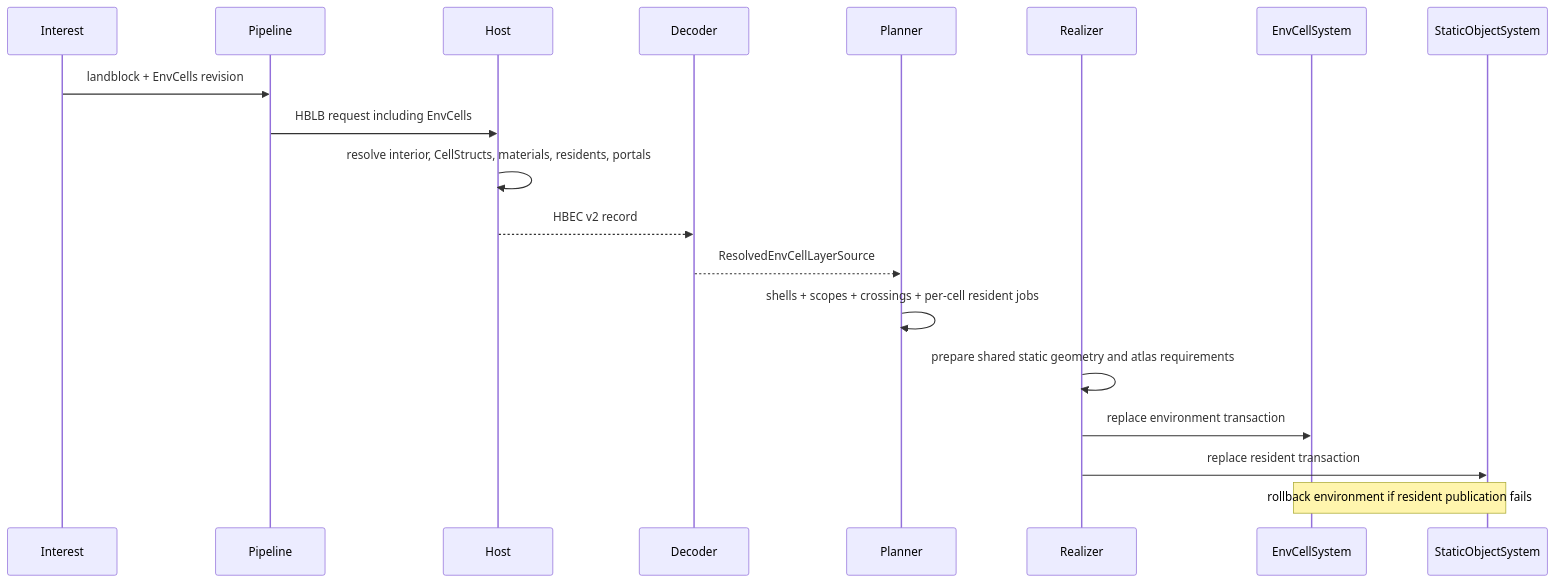
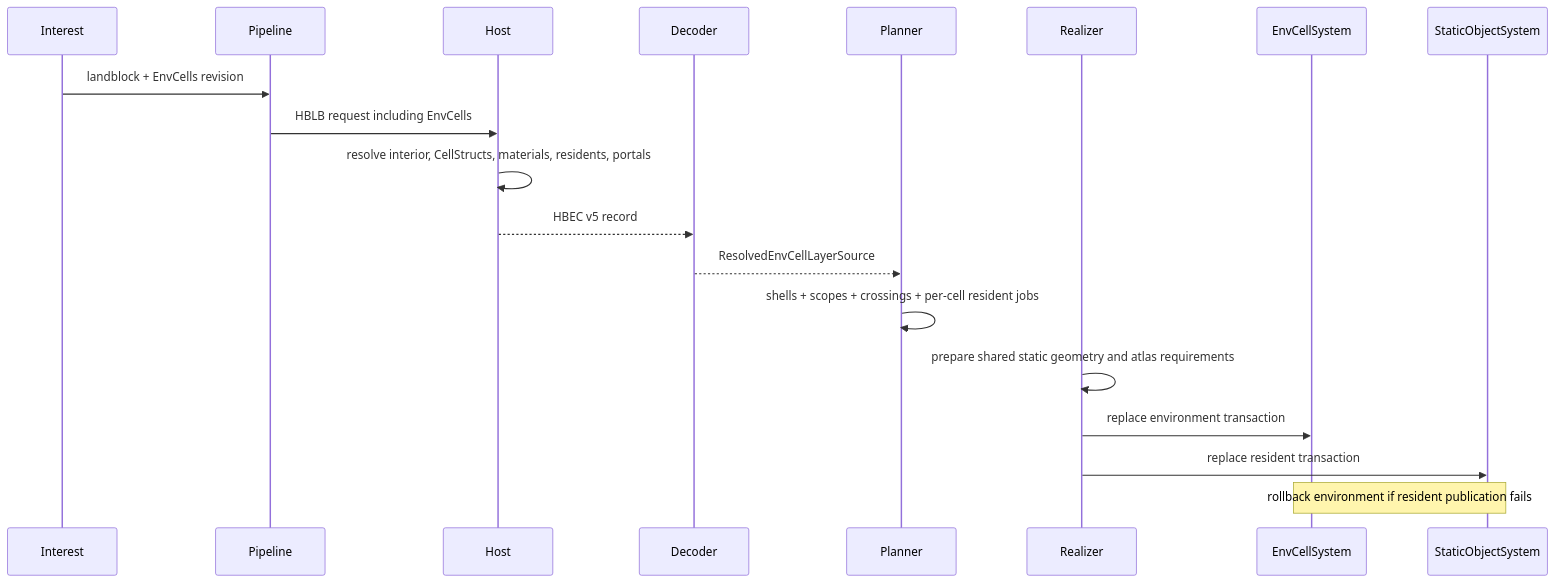
The second of 2 diagrams in apps/holtburger-3d/ARCHITECTURE_AUDIT.md (merklejerk/holtburger), drawn with Mermaid before and after one commit. The commit also changed other lines of this file and 9 other files, not shown here.

````diff
--- a/apps/holtburger-3d/ARCHITECTURE_AUDIT.md
+++ b/apps/holtburger-3d/ARCHITECTURE_AUDIT.md
@@ -104,22 +104,22 @@
 ```mermaid
 sequenceDiagram
     participant Interest
     participant Pipeline
     participant Host
     participant Decoder
     participant Planner
     participant Realizer
     participant Env as EnvCellSystem
     participant Static as StaticObjectSystem
 
     Interest->>Pipeline: landblock + EnvCells revision
     Pipeline->>Host: HBLB request including EnvCells
     Host->>Host: resolve interior, CellStructs, materials, residents, portals
-    Host-->>Decoder: HBEC v2 record
+    Host-->>Decoder: HBEC v5 record
     Decoder-->>Planner: ResolvedEnvCellLayerSource
     Planner->>Planner: shells + scopes + crossings + per-cell resident jobs
     Realizer->>Realizer: prepare shared static geometry and atlas requirements
     Realizer->>Env: replace environment transaction
     Realizer->>Static: replace resident transaction
     Note over Env,Static: rollback environment if resident publication fails
 ```
````
